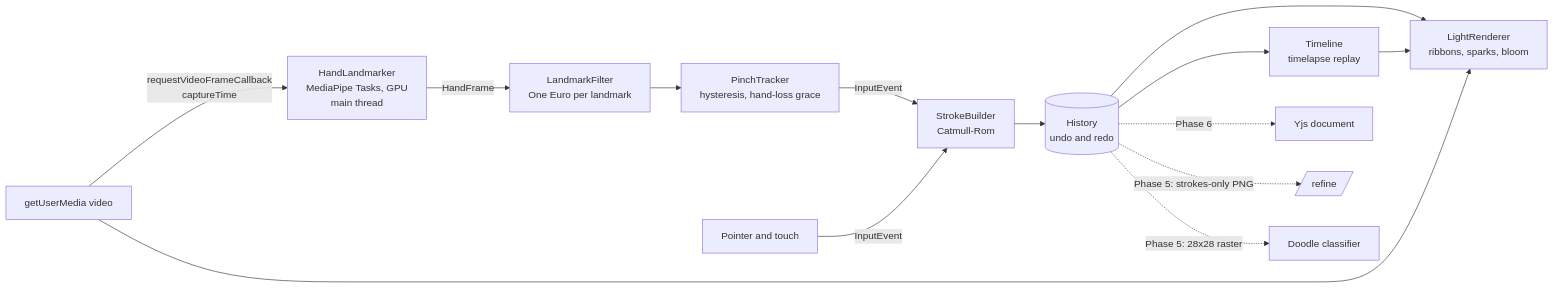
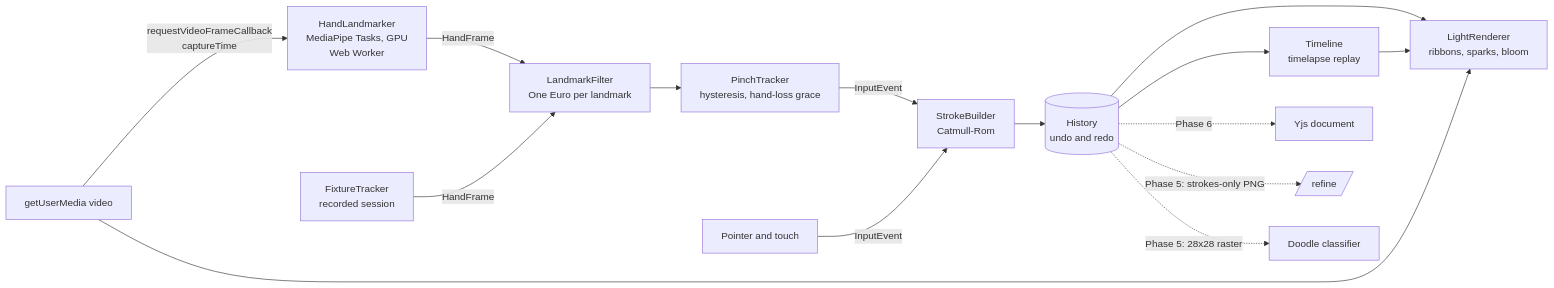
One commit to vatsalp2008/Afterglow changed the second of 2 diagrams in docs/architecture.md. Above: the diagram before and after it, drawn with Mermaid. The commit also changed other lines of this file and 4 other files, not shown here.

````diff
--- a/docs/architecture.md
+++ b/docs/architecture.md
@@ -36,15 +36,16 @@
 ```mermaid
 flowchart LR
-  CAM[getUserMedia video] -->|requestVideoFrameCallback<br/>captureTime| TRK[HandLandmarker<br/>MediaPipe Tasks, GPU<br/>main thread]
+  CAM[getUserMedia video] -->|requestVideoFrameCallback<br/>captureTime| TRK[HandLandmarker<br/>MediaPipe Tasks, GPU<br/>Web Worker]
   TRK -->|HandFrame| FLT[LandmarkFilter<br/>One Euro per landmark]
   FLT --> GST[PinchTracker<br/>hysteresis, hand-loss grace]
+  FIX[FixtureTracker<br/>recorded session] -->|HandFrame| FLT
   PTR[Pointer and touch] -->|InputEvent| ENG
   GST -->|InputEvent| ENG[StrokeBuilder<br/>Catmull-Rom]
   ENG --> STORE[(History<br/>undo and redo)]
   STORE --> REN[LightRenderer<br/>ribbons, sparks, bloom]
   CAM --> REN
   STORE --> TL[Timeline<br/>timelapse replay] --> REN
   STORE -.->|Phase 6| COLLAB[Yjs document]
   STORE -.->|Phase 5: strokes-only PNG| API[/refine/]
   STORE -.->|Phase 5: 28x28 raster| ONNX[Doodle classifier]
 ```
````
